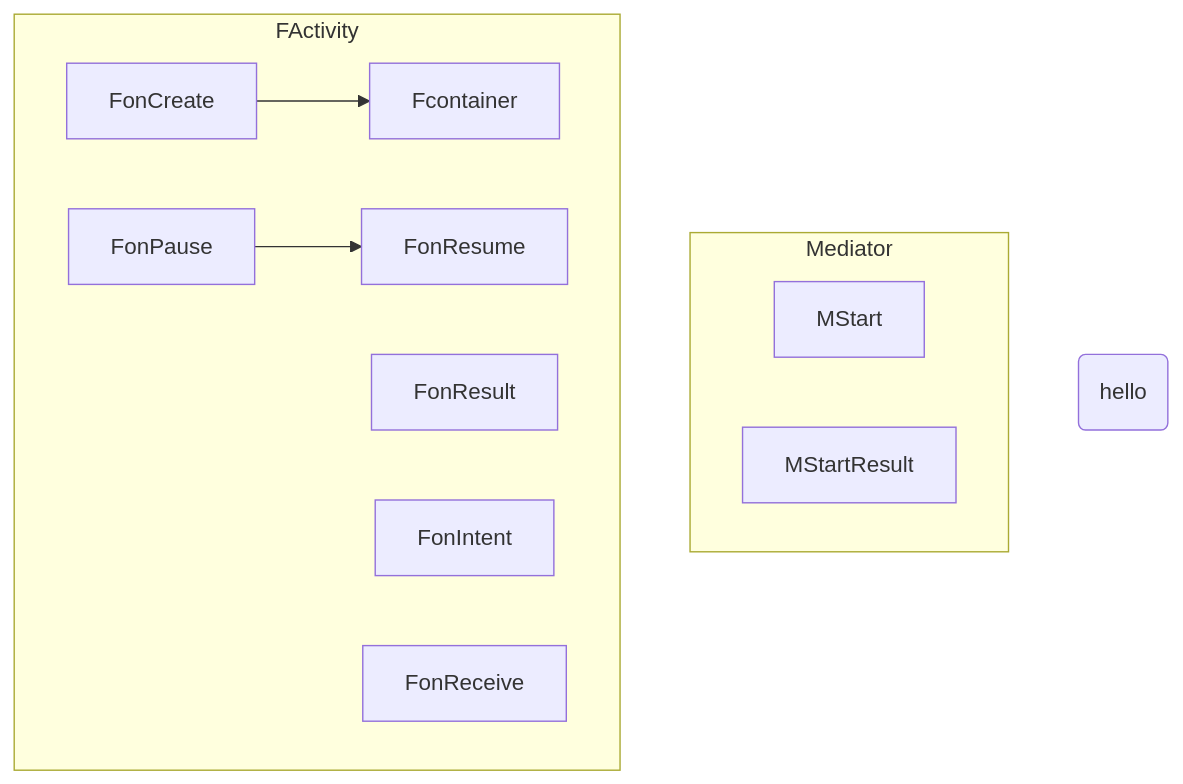
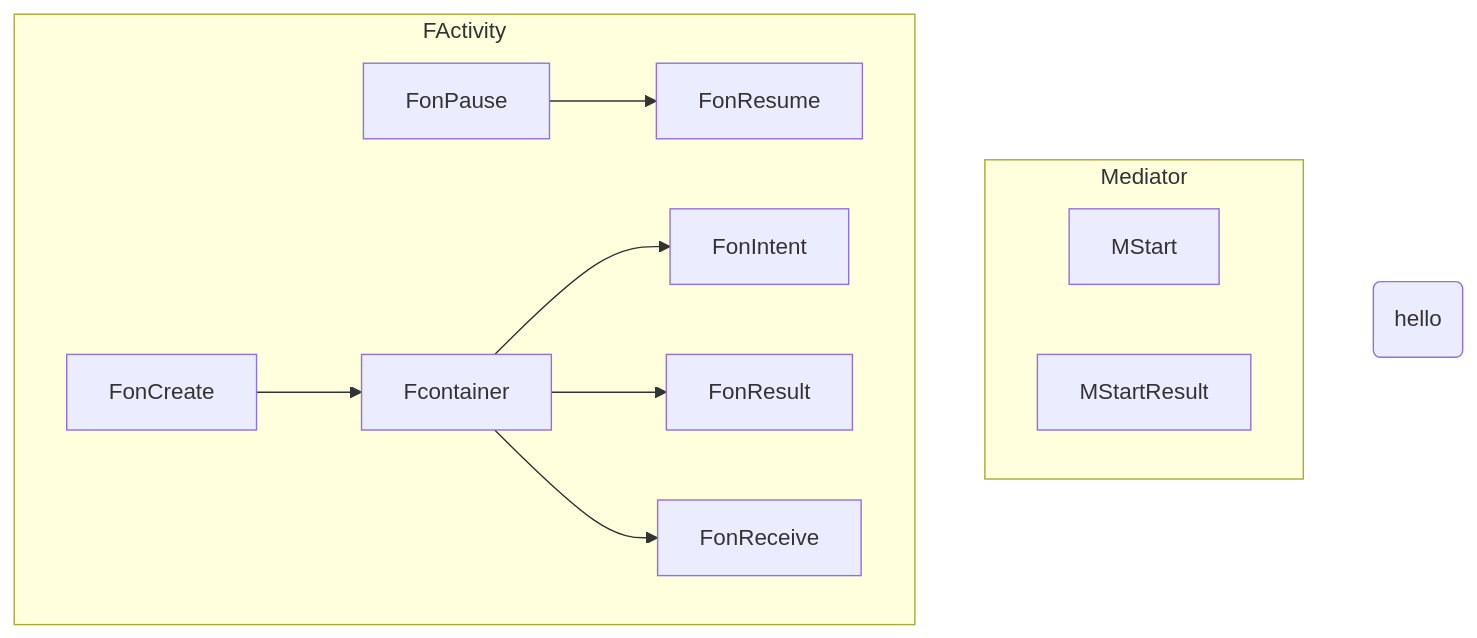
One commit to gordianknotC/nxp_note changed the diagram in flutter/addActivityResultListener.md. Above: the diagram before and after it, drawn with Mermaid. The commit also changed other lines of this file, not shown here.

Commit message:
flutter/addActivityResultListener.md updated from https://stackedit.io/

````diff
--- a/flutter/addActivityResultListener.md
+++ b/flutter/addActivityResultListener.md
@@ -11,22 +11,24 @@
 ```mermaid
 graph TB
 	S(hello)
 	subgraph Mediator
 		MStart
 		MStartResult
 	end
 	subgraph FActivity
 		FonCreate
 		FonPause 
 		FonResume 
 		FonResult 
 		FonIntent 
 		FonReceive 
 		FonCreate --> Fcontainer
 		FonPause -->FonResume
 
-		Fcontainer
+		Fcontainer --> FonIntent
+		Fcontainer --> FonResult
+		Fcontainer --> FonReceive
 	end
 
 
 ```
````
